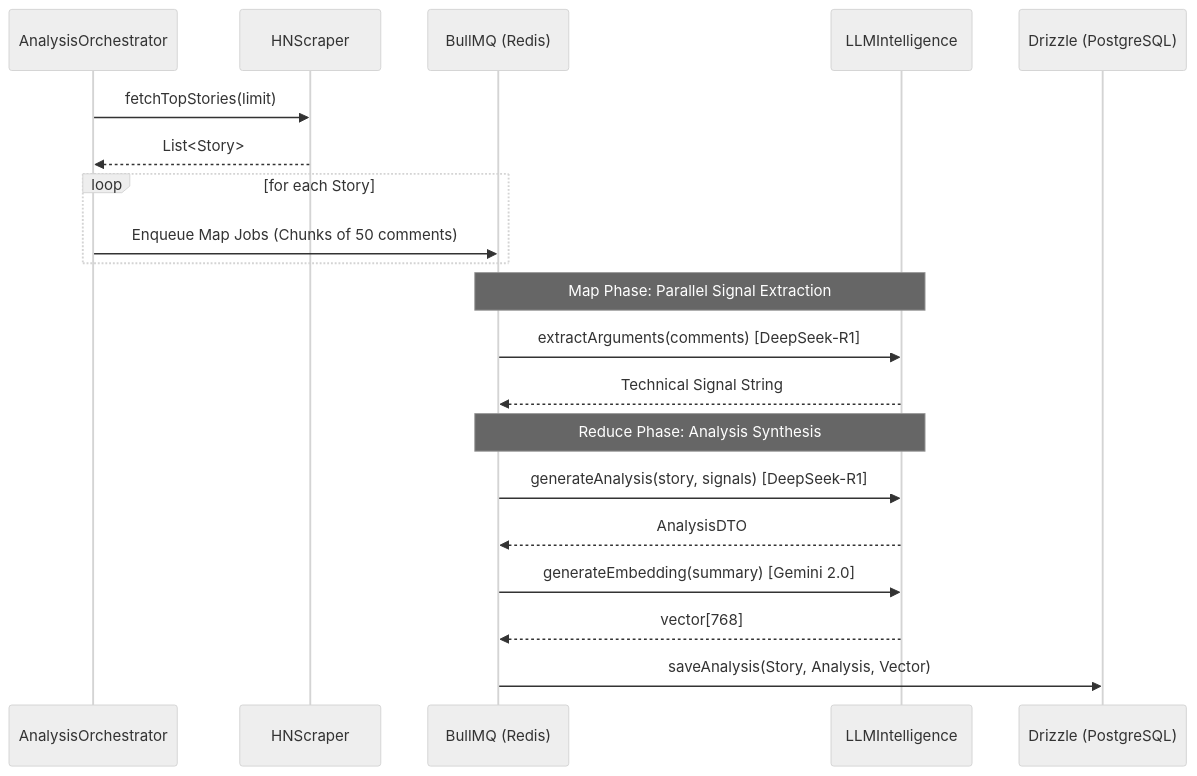
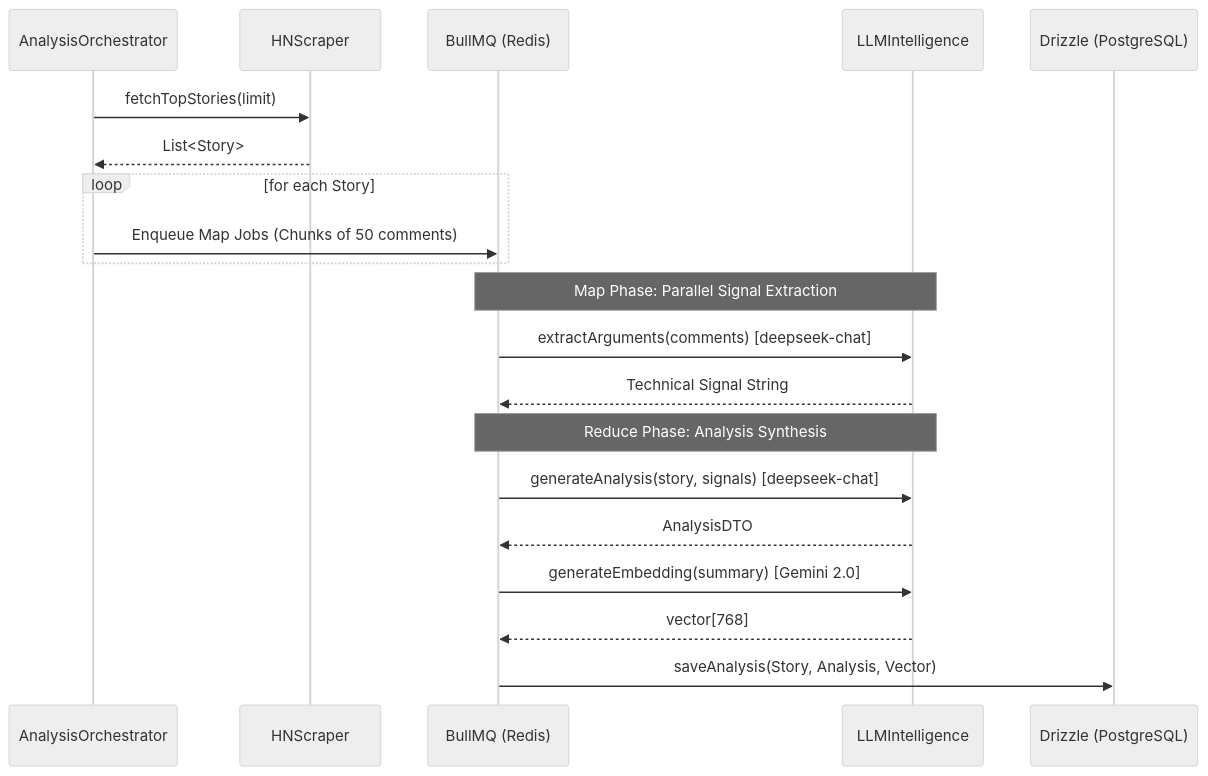
Before and after one commit to hippotoes/hn-digest: the first of 2 diagrams in design/MECHANISM_DEEP_DIVE.md, drawn with Mermaid (neutral theme). The commit also changed other lines of this file and 38 other files, not shown here.

````diff
--- a/design/MECHANISM_DEEP_DIVE.md
+++ b/design/MECHANISM_DEEP_DIVE.md
@@ -6,27 +6,27 @@
 ```mermaid
 sequenceDiagram
     participant O as AnalysisOrchestrator
     participant S as HNScraper
     participant Q as BullMQ (Redis)
     participant I as LLMIntelligence
     participant DB as Drizzle (PostgreSQL)
 
     O->>S: fetchTopStories(limit)
     S-->>O: List<Story>
 
     loop for each Story
         O->>Q: Enqueue Map Jobs (Chunks of 50 comments)
     end
 
     Note over Q,I: Map Phase: Parallel Signal Extraction
-    Q->>I: extractArguments(comments) [DeepSeek-R1]
+    Q->>I: extractArguments(comments) [deepseek-chat]
     I-->>Q: Technical Signal String
 
     Note over Q,I: Reduce Phase: Analysis Synthesis
-    Q->>I: generateAnalysis(story, signals) [DeepSeek-R1]
+    Q->>I: generateAnalysis(story, signals) [deepseek-chat]
     I-->>Q: AnalysisDTO
     Q->>I: generateEmbedding(summary) [Gemini 2.0]
     I-->>Q: vector[768]
 
     Q->>DB: saveAnalysis(Story, Analysis, Vector)
 ```
````
